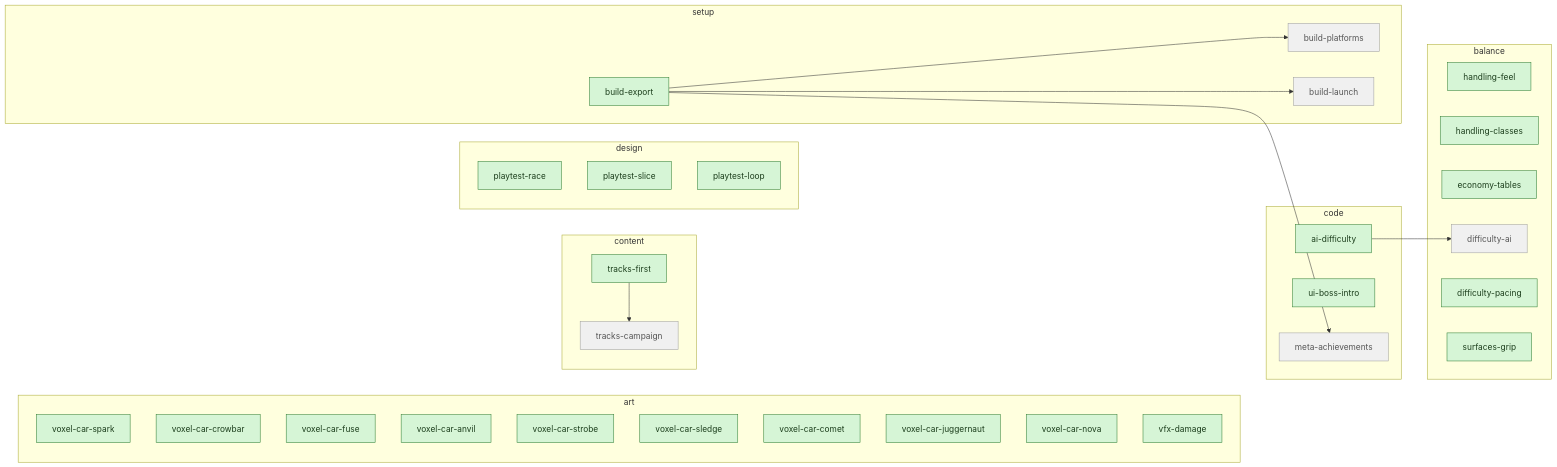
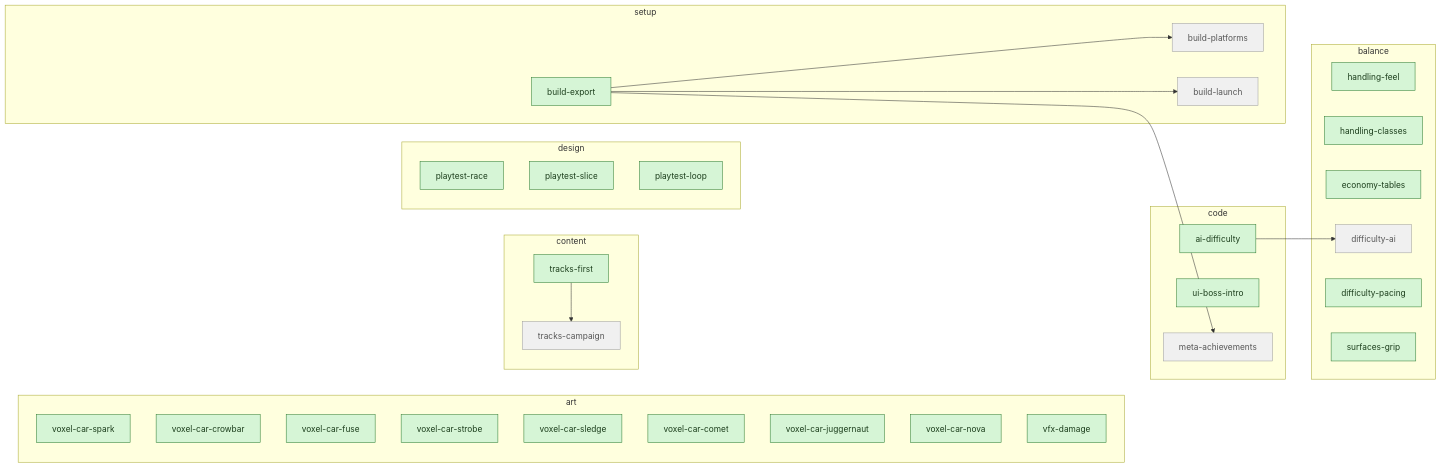
One commit to artemiiShabanov/RallyRivals changed the third of 3 diagrams in STATUS.md. Above: the diagram before and after it, drawn with Mermaid. The commit also changed other lines of this file and 6 other files, not shown here.

````diff
--- a/STATUS.md
+++ b/STATUS.md
@@ -98,51 +97,50 @@
 ```mermaid
 flowchart LR
   subgraph code
     code_ai_difficulty["ai-difficulty"]
     code_ui_boss_intro["ui-boss-intro"]
     code_meta_achievements["meta-achievements"]
   end
   subgraph art
     art_voxel_car_spark["voxel-car-spark"]
     art_voxel_car_crowbar["voxel-car-crowbar"]
     art_voxel_car_fuse["voxel-car-fuse"]
-    art_voxel_car_anvil["voxel-car-anvil"]
     art_voxel_car_strobe["voxel-car-strobe"]
     art_voxel_car_sledge["voxel-car-sledge"]
     art_voxel_car_comet["voxel-car-comet"]
     art_voxel_car_juggernaut["voxel-car-juggernaut"]
     art_voxel_car_nova["voxel-car-nova"]
     art_vfx_damage["vfx-damage"]
   end
   subgraph content
     content_tracks_first["tracks-first"]
     content_tracks_campaign["tracks-campaign"]
   end
   subgraph balance
     balance_handling_feel["handling-feel"]
     balance_handling_classes["handling-classes"]
     balance_economy_tables["economy-tables"]
     balance_difficulty_ai["difficulty-ai"]
     balance_difficulty_pacing["difficulty-pacing"]
     balance_surfaces_grip["surfaces-grip"]
   end
   subgraph design
     design_playtest_race["playtest-race"]
     design_playtest_slice["playtest-slice"]
     design_playtest_loop["playtest-loop"]
   end
   subgraph setup
     setup_build_export["build-export"]
     setup_build_platforms["build-platforms"]
     setup_build_launch["build-launch"]
   end
   setup_build_export --> code_meta_achievements
   content_tracks_first --> content_tracks_campaign
   code_ai_difficulty --> balance_difficulty_ai
   setup_build_export --> setup_build_platforms
   setup_build_export --> setup_build_launch
   classDef avail fill:#d6f5d6,stroke:#2e7d32,color:#1b3d1b;
   classDef blocked fill:#f0f0f0,stroke:#9e9e9e,color:#555;
-  class code_ai_difficulty,code_ui_boss_intro,content_tracks_first,art_voxel_car_spark,art_voxel_car_crowbar,art_voxel_car_fuse,art_voxel_car_anvil,art_voxel_car_strobe,art_voxel_car_sledge,art_voxel_car_comet,art_voxel_car_juggernaut,art_voxel_car_nova,art_vfx_damage,balance_handling_feel,balance_handling_classes,balance_economy_tables,balance_difficulty_pacing,balance_surfaces_grip,design_playtest_race,design_playtest_slice,design_playtest_loop,setup_build_export avail;
+  class code_ai_difficulty,code_ui_boss_intro,content_tracks_first,art_voxel_car_spark,art_voxel_car_crowbar,art_voxel_car_fuse,art_voxel_car_strobe,art_voxel_car_sledge,art_voxel_car_comet,art_voxel_car_juggernaut,art_voxel_car_nova,art_vfx_damage,balance_handling_feel,balance_handling_classes,balance_economy_tables,balance_difficulty_pacing,balance_surfaces_grip,design_playtest_race,design_playtest_slice,design_playtest_loop,setup_build_export avail;
   class code_meta_achievements,content_tracks_campaign,balance_difficulty_ai,setup_build_platforms,setup_build_launch blocked;
 ```
````
